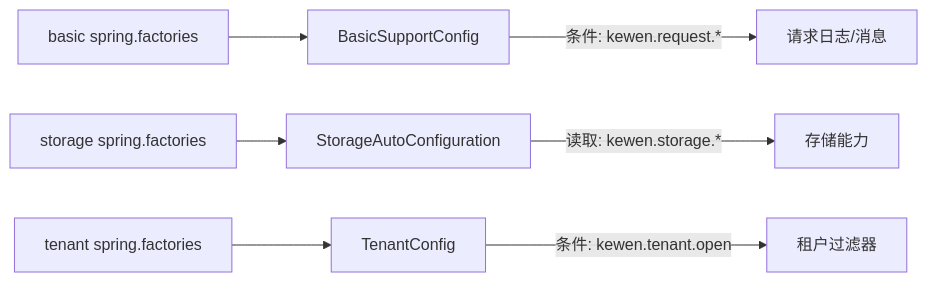
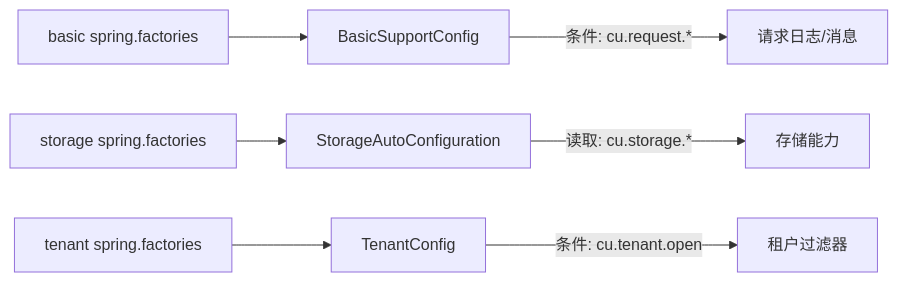
Before and after one commit to LiukewenSC/kewen-framework: the sixth of 6 diagrams in .qoder/repowiki/zh/content/配置指南/模块配置.md, drawn with Mermaid. The commit also changed other lines of this file and 764 other files, not shown here.

````diff
--- a/.qoder/repowiki/zh/content/配置指南/模块配置.md
+++ b/.qoder/repowiki/zh/content/配置指南/模块配置.md
@@ -295,9 +295,9 @@
 ```mermaid
 graph LR
 BF["basic spring.factories"] --> BCFG["BasicSupportConfig"]
 SF["storage spring.factories"] --> SACC["StorageAutoConfiguration"]
 TF["tenant spring.factories"] --> TCFG["TenantConfig"]
-BCFG --> |"条件: kewen.request.*"| REQ["请求日志/消息"]
-SACC --> |"读取: kewen.storage.*"| STOR["存储能力"]
-TCFG --> |"条件: kewen.tenant.open"| TEN["租户过滤器"]
+BCFG --> |"条件: cu.request.*"| REQ["请求日志/消息"]
+SACC --> |"读取: cu.storage.*"| STOR["存储能力"]
+TCFG --> |"条件: cu.tenant.open"| TEN["租户过滤器"]
 ```
````
